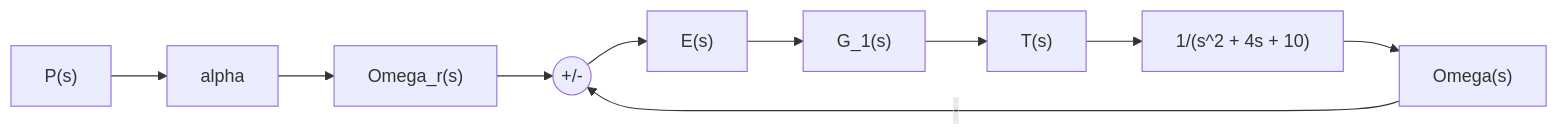
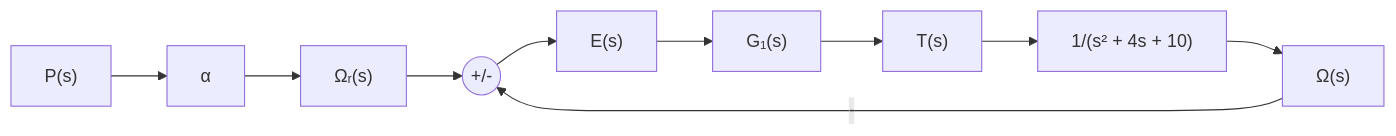
Before and after one commit to Cateds/Dynamics-Control.md: the third of 3 diagrams in src/content/docs/tutorials/p1.tutorial.ex.md, drawn with Mermaid. The commit also changed other lines of this file and 73 other files, not shown here.

````diff
--- a/src/content/docs/tutorials/p1.tutorial.ex.md
+++ b/src/content/docs/tutorials/p1.tutorial.ex.md
@@ -252,12 +252,12 @@
 ```mermaid
 flowchart LR
-  P["P(s)"] --> A["alpha"]
-  A --> Wr["Omega_r(s)"]
+  P["P(s)"] --> A["α"]
+  A --> Wr["Ωᵣ(s)"]
   Wr --> S(("+/-"))
-  W["Omega(s)"] -->|"-"| S
+  W["Ω(s)"] -->|"-"| S
   S --> E["E(s)"]
-  E --> G1["G_1(s)"]
+  E --> G1["G₁(s)"]
   G1 --> T["T(s)"]
-  T --> Plant["1/(s^2 + 4s + 10)"]
+  T --> Plant["1/(s² + 4s + 10)"]
   Plant --> W
 ```
````
